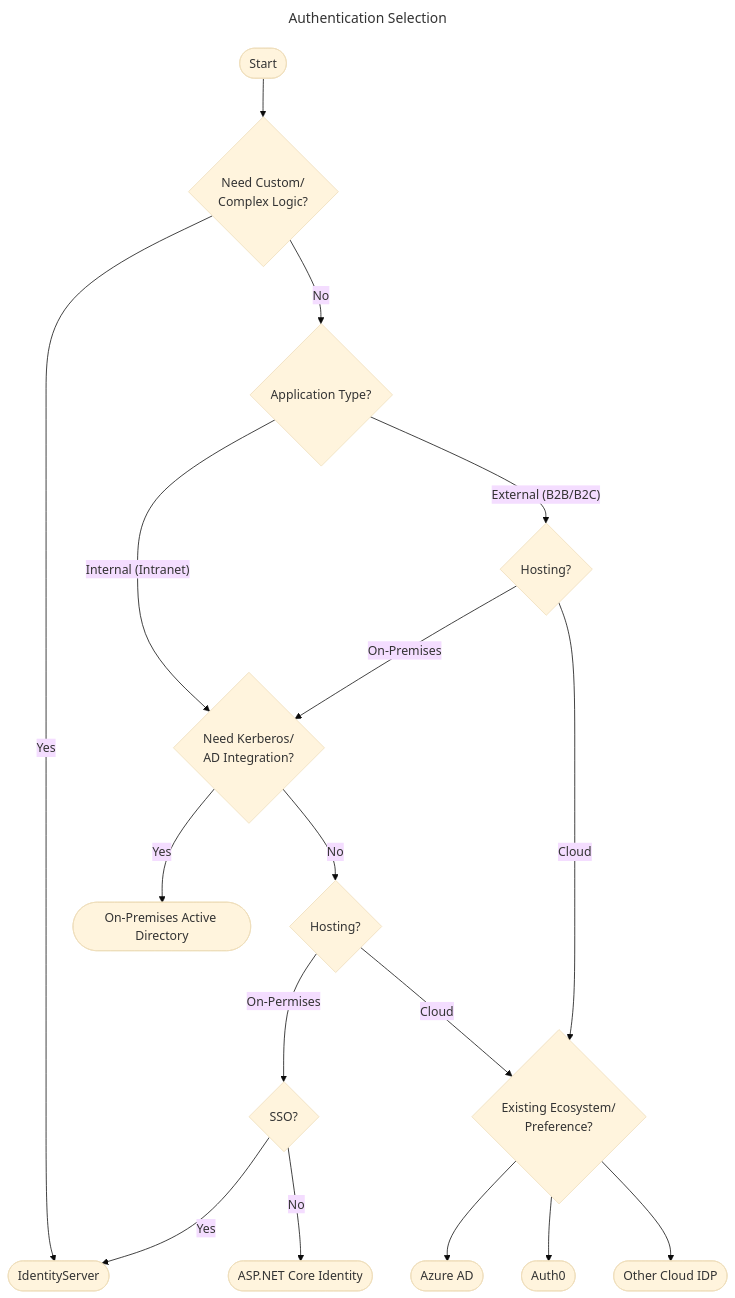
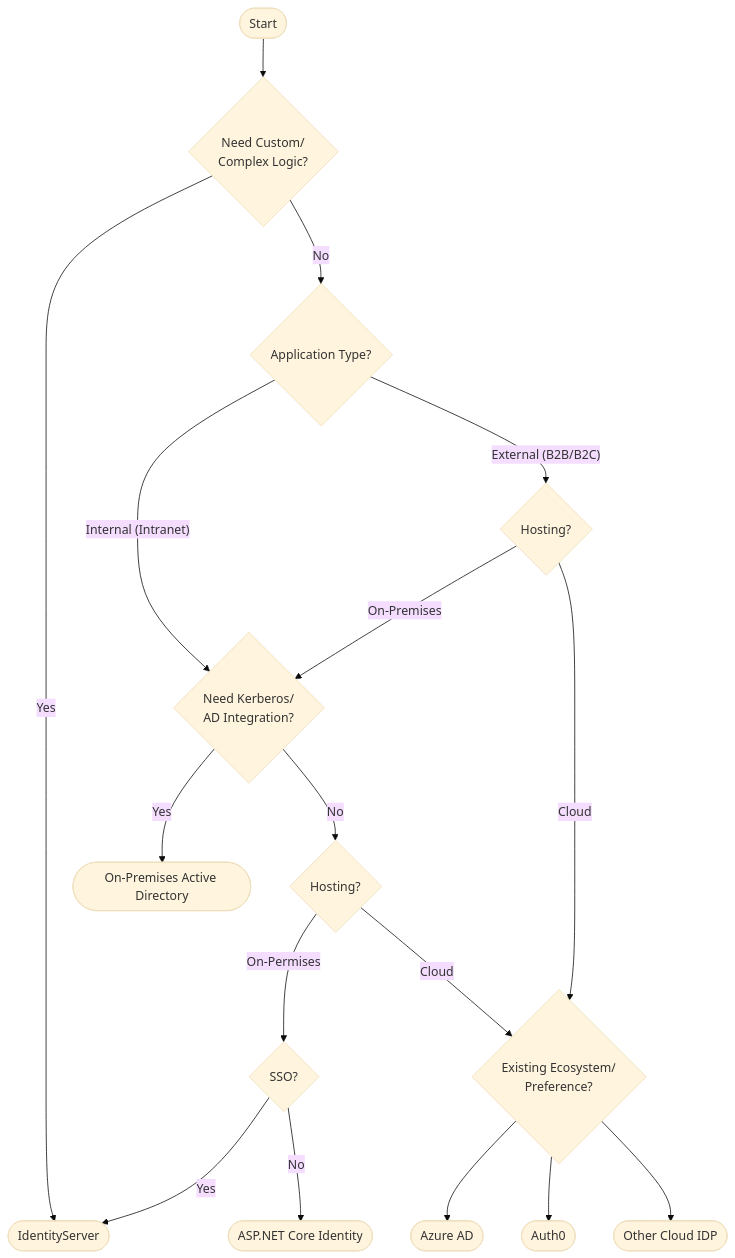
Before and after one commit to yaqi-lyu/SSW.Rules.Content: the tenth of 10 diagrams in rules/test-2/rule.md, drawn with Mermaid (base theme).

````diff
--- a/rules/test-2/rule.md
+++ b/rules/test-2/rule.md
@@ -125,31 +125,27 @@
 ```mermaid
----
-type: diagram
-title: "Authentication Selection"
----
 flowchart
 
  Start(["Start"]) --> CustomLogic{"Need Custom/\nComplex Logic?"}
  
  CustomLogic -->|"Yes"| IdentityServer(["IdentityServer"])
  CustomLogic -->|"No"| AppType{"Application Type?"}
  
  AppType -->|"Internal (Intranet)"| Kerberos{"Need Kerberos/\nAD Integration?"}
  AppType -->|"External (B2B/B2C)"| Hosting{"Hosting?"}
  
  KerberosHosting{"Hosting?"} -->|"On-Permises"| SingleApp{"SSO?"}
  KerberosHosting -->|"Cloud"| Ecosystem{"Existing Ecosystem/\nPreference?"}
  
  Kerberos -->|"No"| KerberosHosting
  Kerberos -->|"Yes"| OnPremAD(["On-Premises Active Directory"])
  
  Hosting -->|"On-Premises"| Kerberos
  Hosting -->|"Cloud"| Ecosystem
 
  Ecosystem --> Azure(["Azure AD"])
  Ecosystem --> Auth0(["Auth0"])
  Ecosystem --> OtherIDP(["Other Cloud IDP"]) 
  
  SingleApp -->|"Yes"| IdentityServer
  SingleApp -->|"No"| NETCORE(["ASP.NET Core Identity"])
 ```
````
